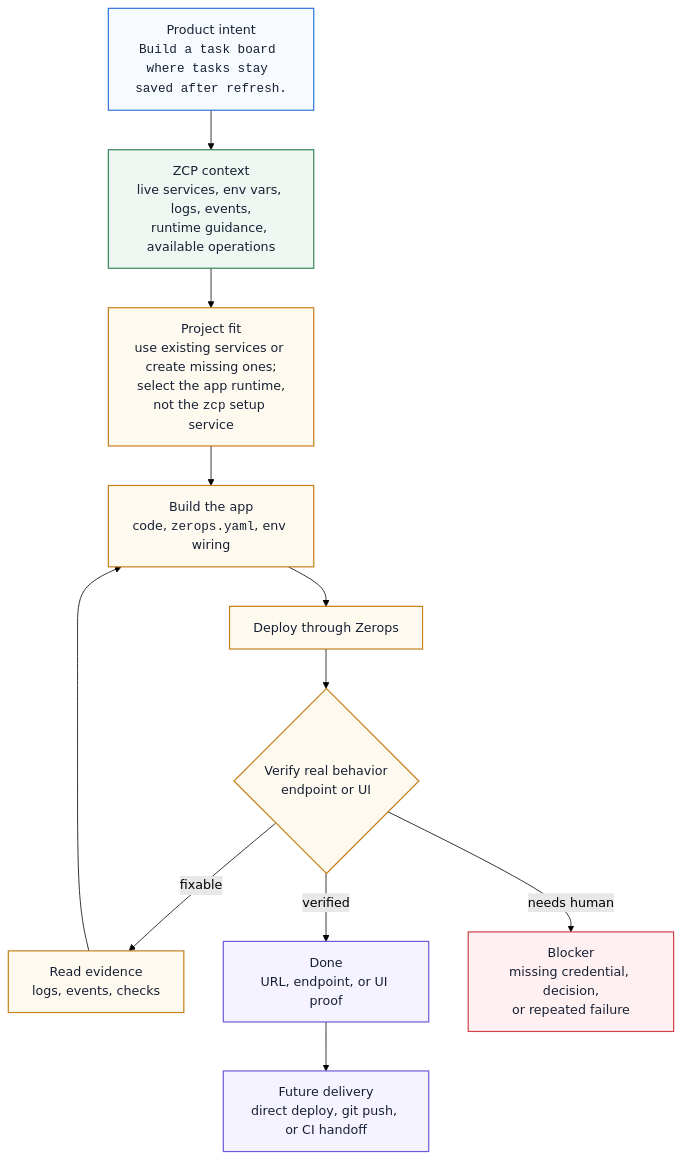
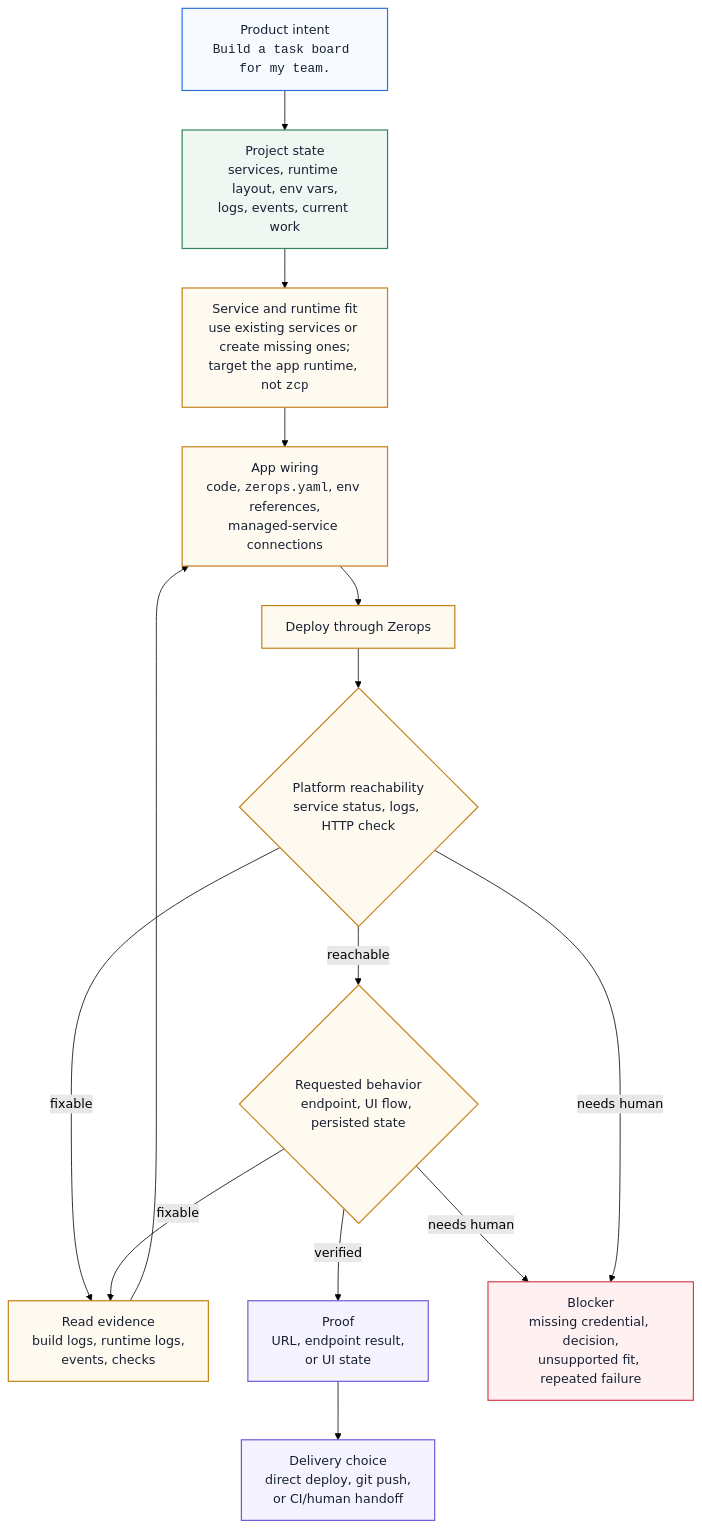
The diagram in apps/docs/content/zcp/concept/how-it-works.mdx (zeropsio/docs), drawn with Mermaid (forest theme) before and after one commit. The commit also changed other lines of this file and 14 other files, not shown here.

Commit message:
Refine ZCP docs flow and setup guidance

````diff
--- a/apps/docs/content/zcp/concept/how-it-works.mdx
+++ b/apps/docs/content/zcp/concept/how-it-works.mdx
@@ -12,31 +10,34 @@
 ```mermaid
 flowchart TD
-  intent["Product intent<br/><code>Build a task board where tasks stay saved after refresh.</code>"]
-  context["ZCP context<br/>live services, env vars, logs, events,<br/>runtime guidance, available operations"]
-  target["Project fit<br/>use existing services or create missing ones;<br/>select the app runtime,<br/>not the <code>zcp</code> setup service"]
-  app["Build the app<br/>code, <code>zerops.yaml</code>, env wiring"]
+  intent["Product intent<br/><code>Build a task board for my team.</code>"]
+  state["Project state<br/>services, runtime layout, env vars,<br/>logs, events, current work"]
+  fit["Service and runtime fit<br/>use existing services or create missing ones;<br/>target the app runtime, not <code>zcp</code>"]
+  wiring["App wiring<br/>code, <code>zerops.yaml</code>, env references,<br/>managed-service connections"]
   deploy["Deploy through Zerops"]
-  verify{"Verify real behavior<br/>endpoint or UI"}
-  fix["Read evidence<br/>logs, events, checks"]
-  done["Done<br/>URL, endpoint, or UI proof"]
-  blocker["Blocker<br/>missing credential, decision,<br/>or repeated failure"]
-  delivery["Future delivery<br/>direct deploy, git push, or CI handoff"]
+  reachability{"Platform reachability<br/>service status, logs, HTTP check"}
+  behavior{"Requested behavior<br/>endpoint, UI flow, persisted state"}
+  evidence["Read evidence<br/>build logs, runtime logs,<br/>events, checks"]
+  proof["Proof<br/>URL, endpoint result,<br/>or UI state"]
+  blocker["Blocker<br/>missing credential, decision,<br/>unsupported fit, repeated failure"]
+  delivery["Delivery choice<br/>direct deploy, git push,<br/>or CI/human handoff"]
 
-  intent --> context --> target
-  target --> app --> deploy --> verify
-  verify -->|fixable| fix --> app
-  verify -->|verified| done --> delivery
-  verify -->|needs human| blocker
+  intent --> state --> fit --> wiring --> deploy --> reachability
+  reachability -->|fixable| evidence --> wiring
+  reachability -->|reachable| behavior
+  behavior -->|fixable| evidence
+  behavior -->|verified| proof --> delivery
+  behavior -->|needs human| blocker
+  reachability -->|needs human| blocker
 
   classDef user fill:#f7fbff,stroke:#2d72d9,stroke-width:1.5px,color:#172033;
   classDef zcpbox fill:#eef7f1,stroke:#32845a,stroke-width:1.5px,color:#172033;
   classDef work fill:#fffaf0,stroke:#c47f17,stroke-width:1.5px,color:#172033;
   classDef done fill:#f5f3ff,stroke:#7157d9,stroke-width:1.5px,color:#172033;
   classDef stop fill:#fff1f2,stroke:#d33f49,stroke-width:1.5px,color:#172033;
 
   class intent user;
-  class context zcpbox;
-  class target,app,deploy,verify,fix work;
-  class done,delivery done;
+  class state zcpbox;
+  class fit,wiring,deploy,reachability,behavior,evidence work;
+  class proof,delivery done;
   class blocker stop;
 ```
````
